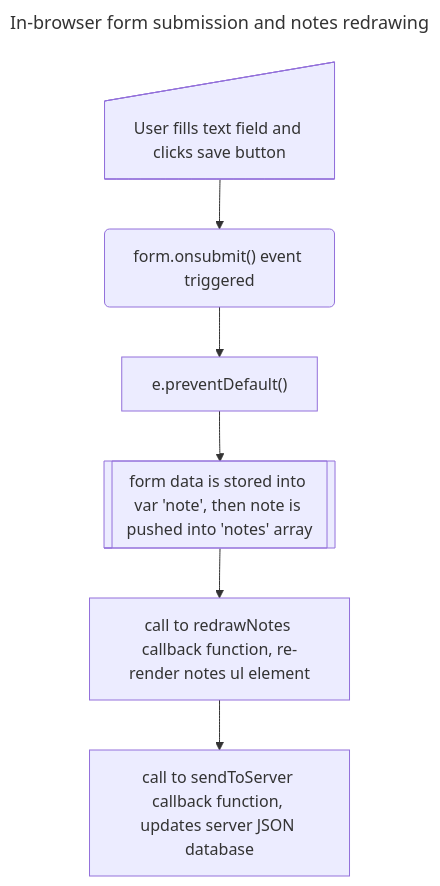
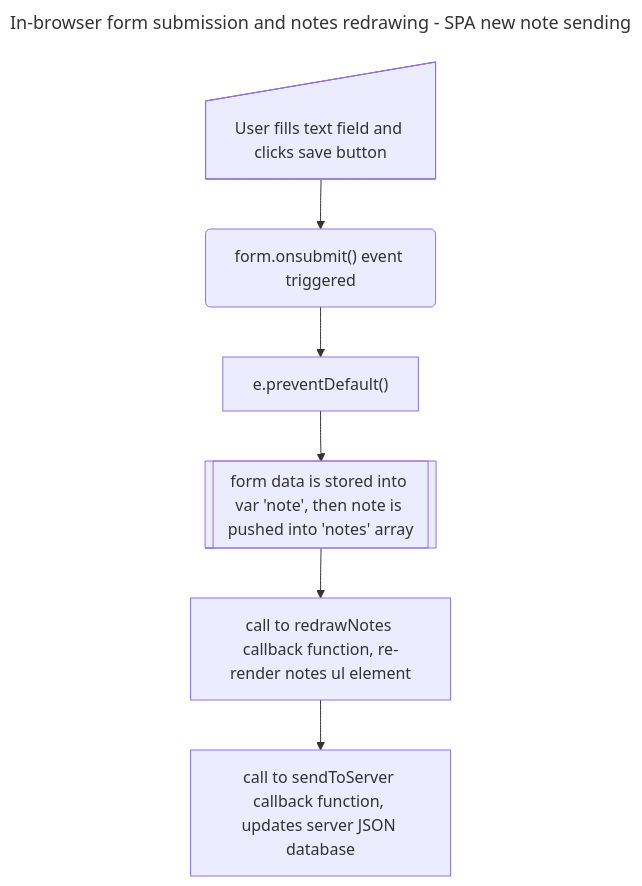
Before and after one commit to ProspektsMarch22/fullstackopen: the diagram in part0/0_6/spa_new_note.md, drawn with Mermaid.

Commit message:
updates title

````diff
--- a/part0/0_6/spa_new_note.md
+++ b/part0/0_6/spa_new_note.md
@@ -1,8 +1,8 @@
 ```mermaid
 ---
-  title: In-browser form submission and notes redrawing
+  title: In-browser form submission and notes redrawing - SPA new note sending
 ---
   flowchart TD
     A@{ shape: manual-input, label: "User fills text field and clicks save button"} --> B@{ shape: rounded, label: "form.onsubmit() event triggered"} --> C@{ shape: rect, label: "e.preventDefault()"} --> D@{ shape: fr-rect, label: "form data is stored into var 'note', then note is pushed into 'notes' array" } --> E@{ shape: rect, label: "call to redrawNotes callback function, re-render notes ul element"} --> F@{ shape: rect, label: "call to sendToServer callback function, updates server JSON database"}
 
 ```
````
